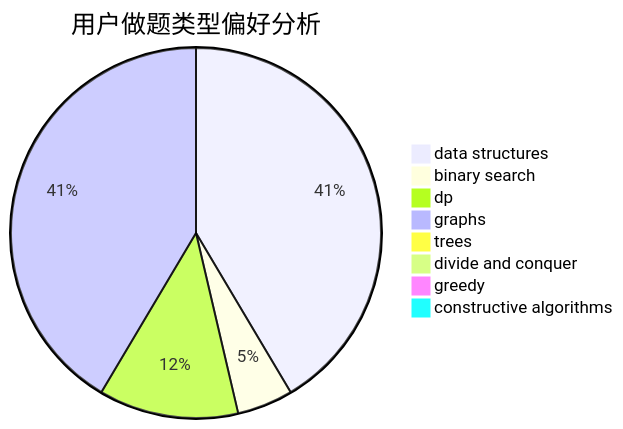
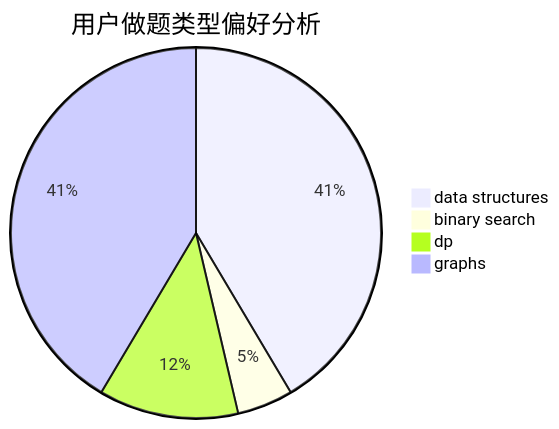
The second of 3 diagrams in docs/user/u2468.md (sherpahu/cfrs.github.io), drawn with Mermaid before and after one commit. The commit also changed other lines of this file and 2770 other files, not shown here.

````diff
--- a/docs/user/u2468.md
+++ b/docs/user/u2468.md
@@ -18,11 +14,7 @@
 ```mermaid
 pie title 用户做题类型偏好分析
     "data structures" :  17
     "binary search" :  2
     "dp" :  5
     "graphs" :  17
-    "trees" :  0
-    "divide and conquer" :  0
-    "greedy" :  0
-    "constructive algorithms" :  0
 ```
````
